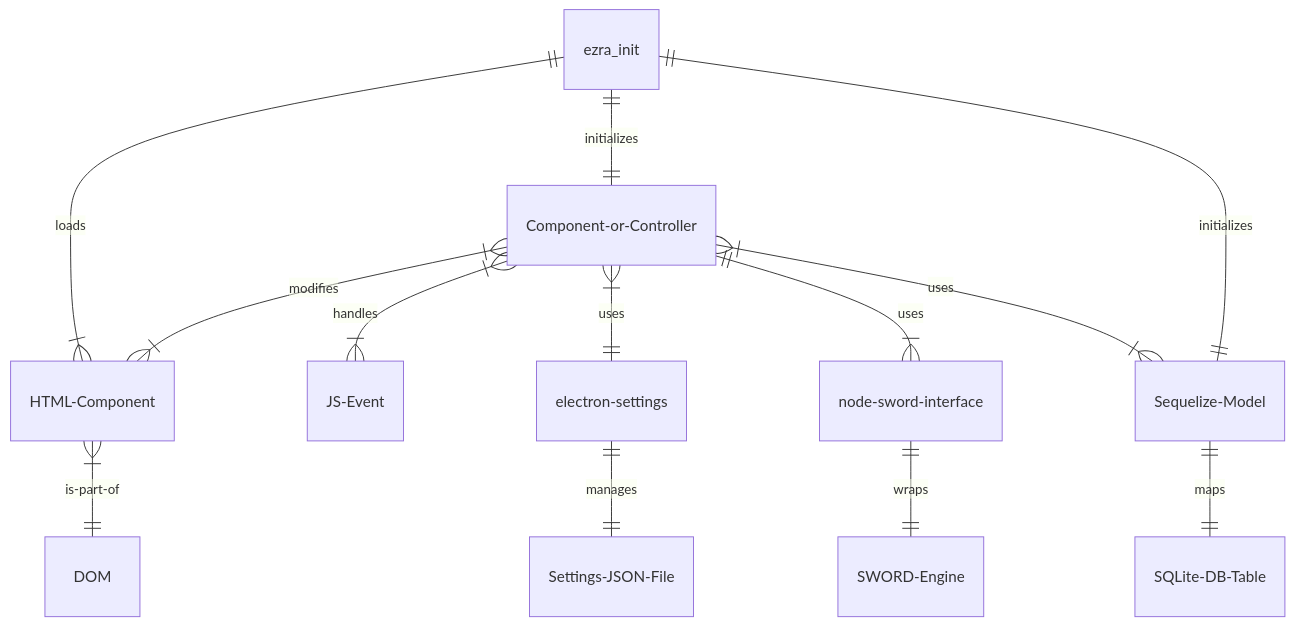
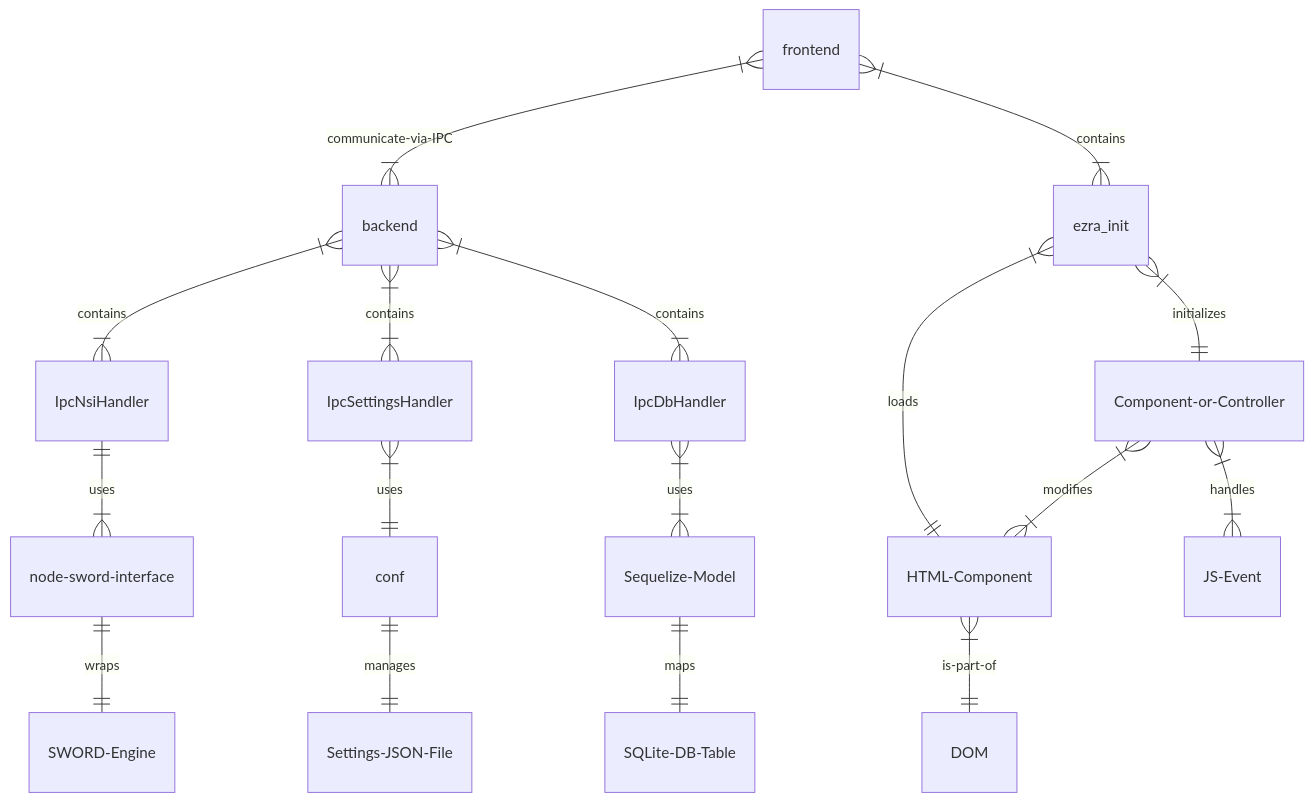
Before and after one commit to ezra-bible-app/ezra-bible-app: the first of 2 diagrams in DESIGN.md, drawn with Mermaid. The commit also changed other lines of this file, not shown here.

Commit message:
Adjust DESIGN document based on latest architectural changes

```diff
--- a/DESIGN.md
+++ b/DESIGN.md
@@ -29,15 +43,19 @@
 <div class="mermaid">
 erDiagram
-    ezra_init                 ||--|{    HTML-Component            : loads
-    ezra_init                 ||--||    Component-or-Controller   : initializes
-    ezra_init                 ||--||    Sequelize-Model           : initializes
+    frontend                  }|--|{    backend                   : communicate-via-IPC
+    frontend                  }|--|{    ezra_init                 : contains
+    ezra_init                 }|--||    HTML-Component            : loads
+    ezra_init                 }|--||    Component-or-Controller   : initializes
     HTML-Component            }|--||    DOM                       : is-part-of
     Component-or-Controller   }|--|{    HTML-Component            : modifies
     Component-or-Controller   }|--|{    JS-Event                  : handles
-    Component-or-Controller   }|--||    electron-settings         : uses
-    electron-settings         ||--||    Settings-JSON-File        : manages
-    Component-or-Controller   ||--|{    node-sword-interface      : uses
-    Component-or-Controller   }|--|{    Sequelize-Model           : uses
+    backend                   }|--|{    IpcNsiHandler             : contains
+    backend                   }|--|{    IpcSettingsHandler        : contains
+    backend                   }|--|{    IpcDbHandler              : contains
+    IpcNsiHandler             ||--|{    node-sword-interface      : uses
+    node-sword-interface      ||--||    SWORD-Engine              : wraps
+    IpcSettingsHandler        }|--||    conf                      : uses
+    conf                      ||--||    Settings-JSON-File        : manages
+    IpcDbHandler              }|--|{    Sequelize-Model           : uses
     Sequelize-Model           ||--||    SQLite-DB-Table           : maps
-    node-sword-interface      ||--||    SWORD-Engine              : wraps
 </div>
```
